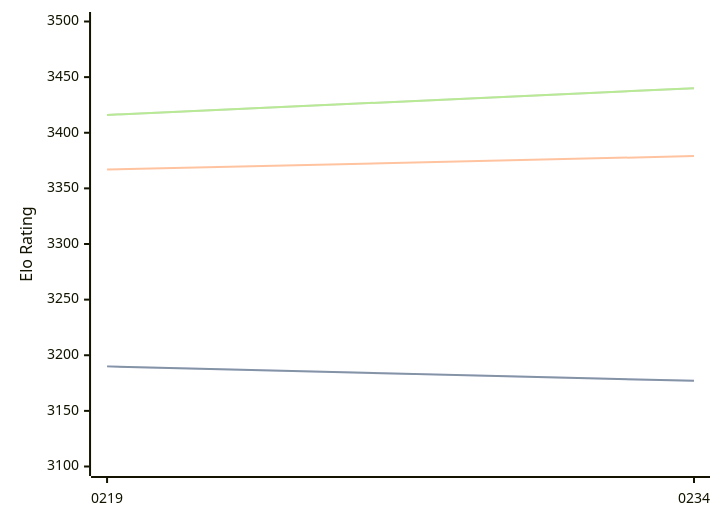
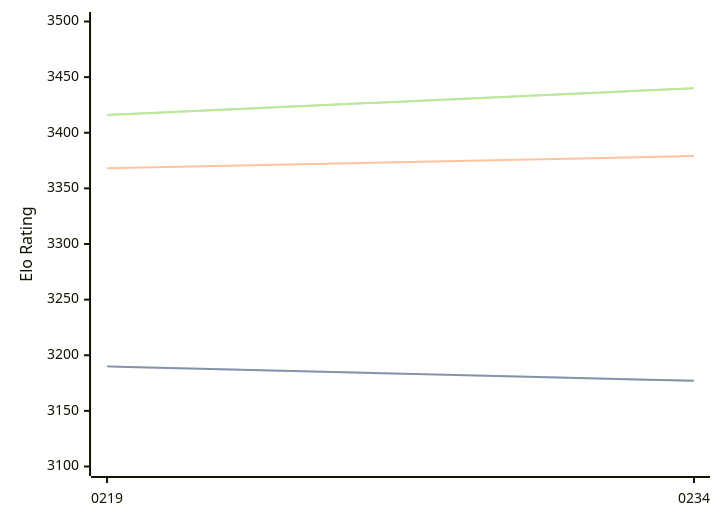
The diagram in engines/Ynode.md (computer-chess-index/cci), drawn with Mermaid before and after one commit. The commit also changed other lines of this file, not shown here.

````diff
--- a/engines/Ynode.md
+++ b/engines/Ynode.md
@@ -39,11 +39,11 @@
 ```mermaid
 %%{init: {"theme":"base","themeVariables":{"seriesColors:['#a3a3a3','#222221','#faa371']}}}%%
 xychart-beta
   x-axis ["0219", "0234"]
   y-axis "Elo Rating" 3100 --> 3500
   line "STC (8.0+0.08s)" [3190, 3177]
   line "STC (8.0+0.08s)" [3190, 3177]
-  line "LTC (60.0+0.60s)" [3367, 3379]
+  line "LTC (60.0+0.60s)" [3368, 3379]
   line "VLTC (2m24s+1.12s)" [3416, 3440]
   line "VLTC (2m24s+1.12s)" [3416, 3440]
 ```
````
